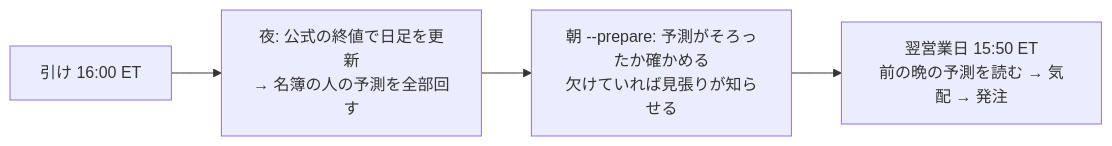
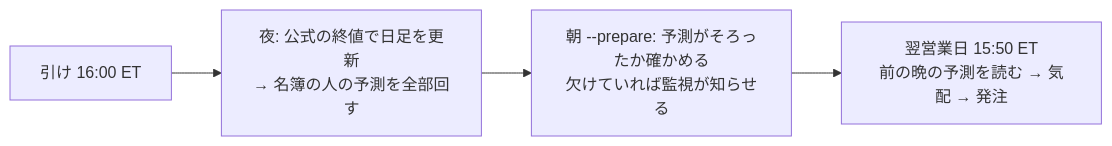
One commit to akiraak/ai-income-lab changed the first of 2 diagrams in docs/plans/nightly-predict.md. Above: the diagram before and after it, drawn with Mermaid. The commit also changed other lines of this file and 45 other files, not shown here.

````diff
--- a/docs/plans/nightly-predict.md
+++ b/docs/plans/nightly-predict.md
@@ -20,6 +20,6 @@
 ```mermaid
 flowchart LR
   A["引け 16:00 ET"] --> B["夜: 公式の終値で日足を更新<br/>→ 名簿の人の予測を全部回す"]
-  B --> C["朝 --prepare: 予測がそろったか確かめる<br/>欠けていれば見張りが知らせる"]
+  B --> C["朝 --prepare: 予測がそろったか確かめる<br/>欠けていれば監視が知らせる"]
   C --> D["翌営業日 15:50 ET<br/>前の晩の予測を読む → 気配 → 発注"]
 ```
````
